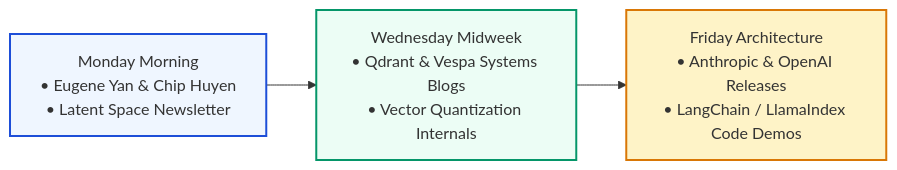
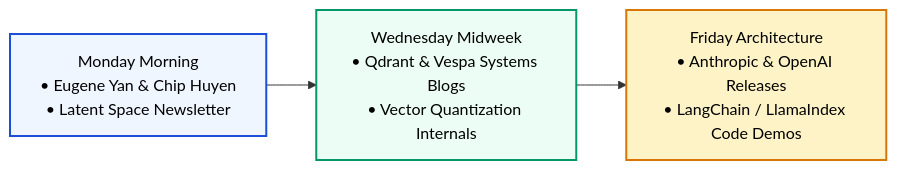
The second of 2 diagrams in 12-Resources/Blogs.md (swapnil3104/RAG-Engineering), drawn with Mermaid before and after one commit. The commit also changed other lines of this file and 108 other files, not shown here.

Commit message:
fix: make chart text visible across all Mermaid diagrams and resolve markdown table formatting issues

````diff
--- a/12-Resources/Blogs.md
+++ b/12-Resources/Blogs.md
@@ -382,12 +382,12 @@
 ```mermaid
 flowchart LR
     Mon["Monday Morning<br/>• Eugene Yan & Chip Huyen<br/>• Latent Space Newsletter"]
     Wed["Wednesday Midweek<br/>• Qdrant & Vespa Systems Blogs<br/>• Vector Quantization Internals"]
     Fri["Friday Architecture<br/>• Anthropic & OpenAI Releases<br/>• LangChain / LlamaIndex Code Demos"]
 
     Mon --> Wed --> Fri
 
-    style Mon fill:#eff6ff,stroke:#1d4ed8,stroke-width:2px
-    style Wed fill:#ecfdf5,stroke:#059669,stroke-width:2px
-    style Fri fill:#fef3c7,stroke:#d97706,stroke-width:2px
+    style Mon fill:#eff6ff,stroke:#1d4ed8,stroke-width:2px,color:#000000
+    style Wed fill:#ecfdf5,stroke:#059669,stroke-width:2px,color:#000000
+    style Fri fill:#fef3c7,stroke:#d97706,stroke-width:2px,color:#000000
 ```
````
